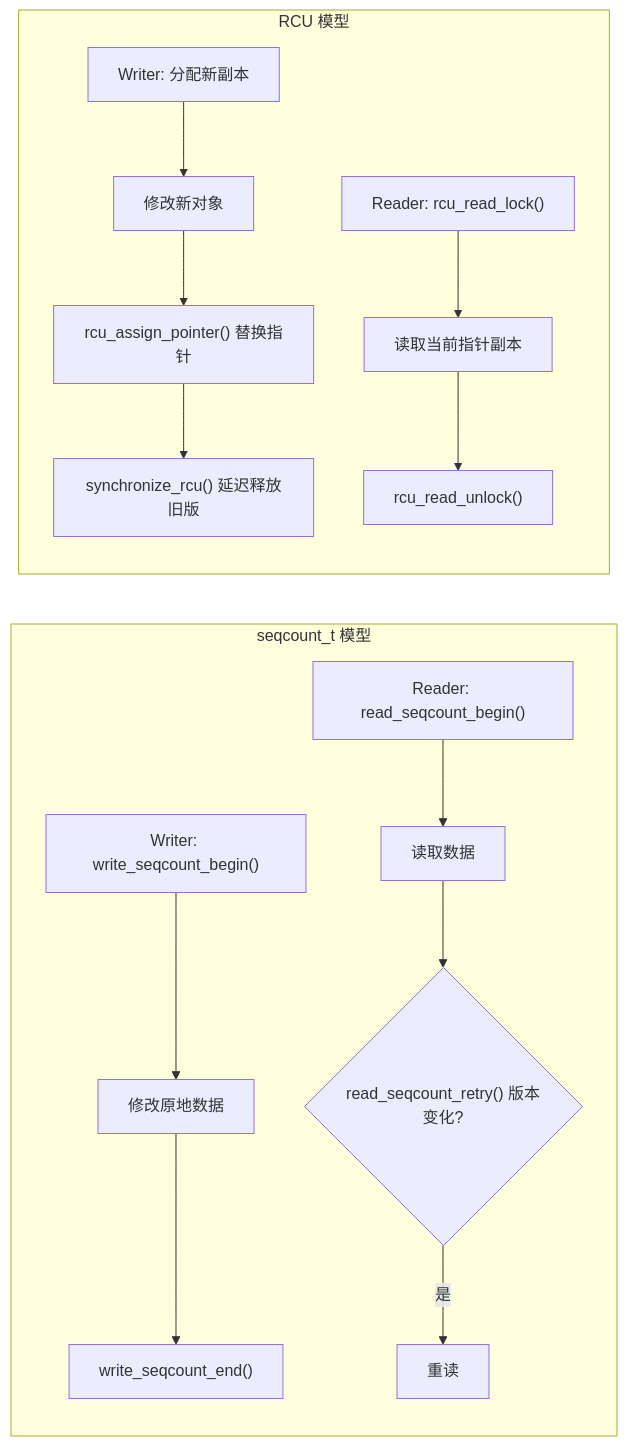
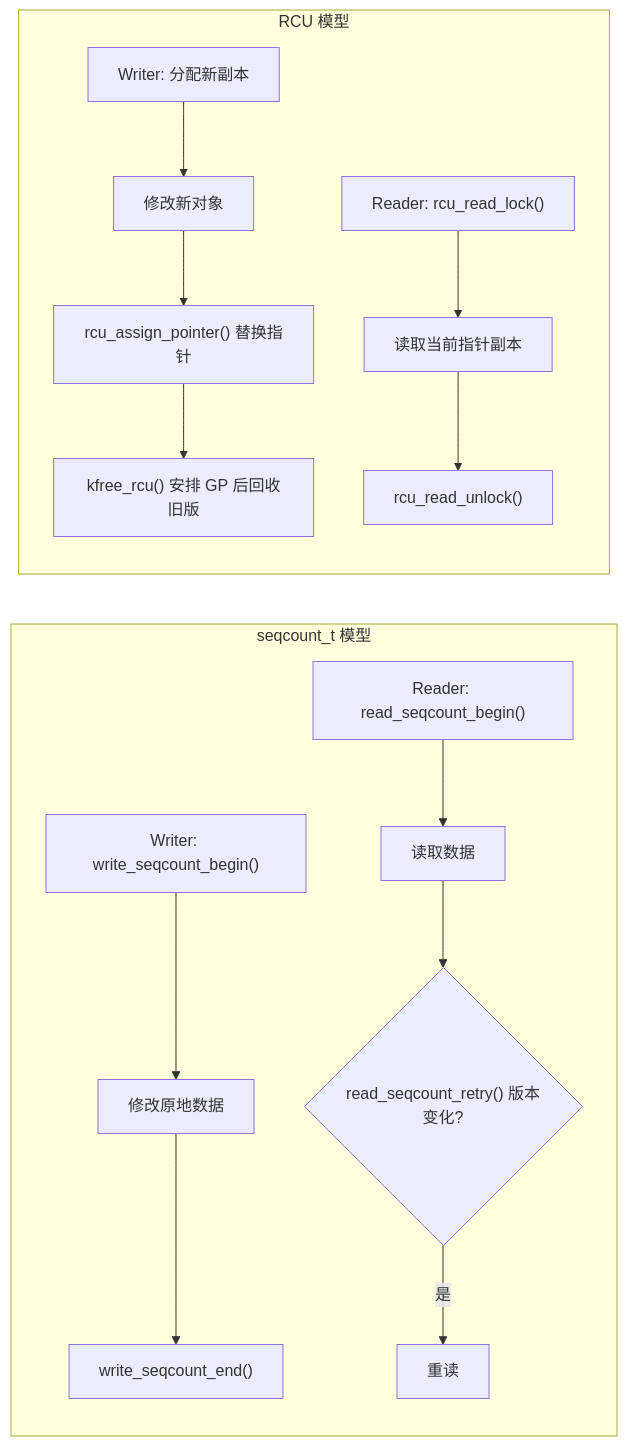
One commit to FormingSystem/linux_note changed the ninth of 9 diagrams in knowledge/linux/synchronization/concurrency_and_competition/P03_子模块详解/P18_seqcount_seqlock(读重试快照机制).md. Above: the diagram before and after it, drawn with Mermaid. The commit also changed other lines of this file and 22 other files, not shown here.

````diff
--- a/knowledge/linux/synchronization/concurrency_and_competition/P03_子模块详解/P18_seqcount_seqlock(读重试快照机制).md
+++ b/knowledge/linux/synchronization/concurrency_and_competition/P03_子模块详解/P18_seqcount_seqlock(读重试快照机制).md
@@ -1923,27 +1924,27 @@
 ```mermaid
 flowchart LR
     subgraph A["seqcount_t 模型"]
         W1["Writer: write_seqcount_begin()"]
         W2["修改原地数据"]
         W3["write_seqcount_end()"]
         R1["Reader: read_seqcount_begin()"]
         R2["读取数据"]
         R3{"read_seqcount_retry() 版本变化?"}
         R4["重读"]
         W1 --> W2 --> W3
         R1 --> R2 --> R3
         R3 -- 是 --> R4
     end
 
     subgraph B["RCU 模型"]
         RCU1["Writer: 分配新副本"]
         RCU2["修改新对象"]
         RCU3["rcu_assign_pointer() 替换指针"]
-        RCU4["synchronize_rcu() 延迟释放旧版"]
+        RCU4["kfree_rcu() 安排 GP 后回收旧版"]
         RCU5["Reader: rcu_read_lock()"]
         RCU6["读取当前指针副本"]
         RCU7["rcu_read_unlock()"]
         RCU1 --> RCU2 --> RCU3 --> RCU4
         RCU5 --> RCU6 --> RCU7
     end
 ```
````
